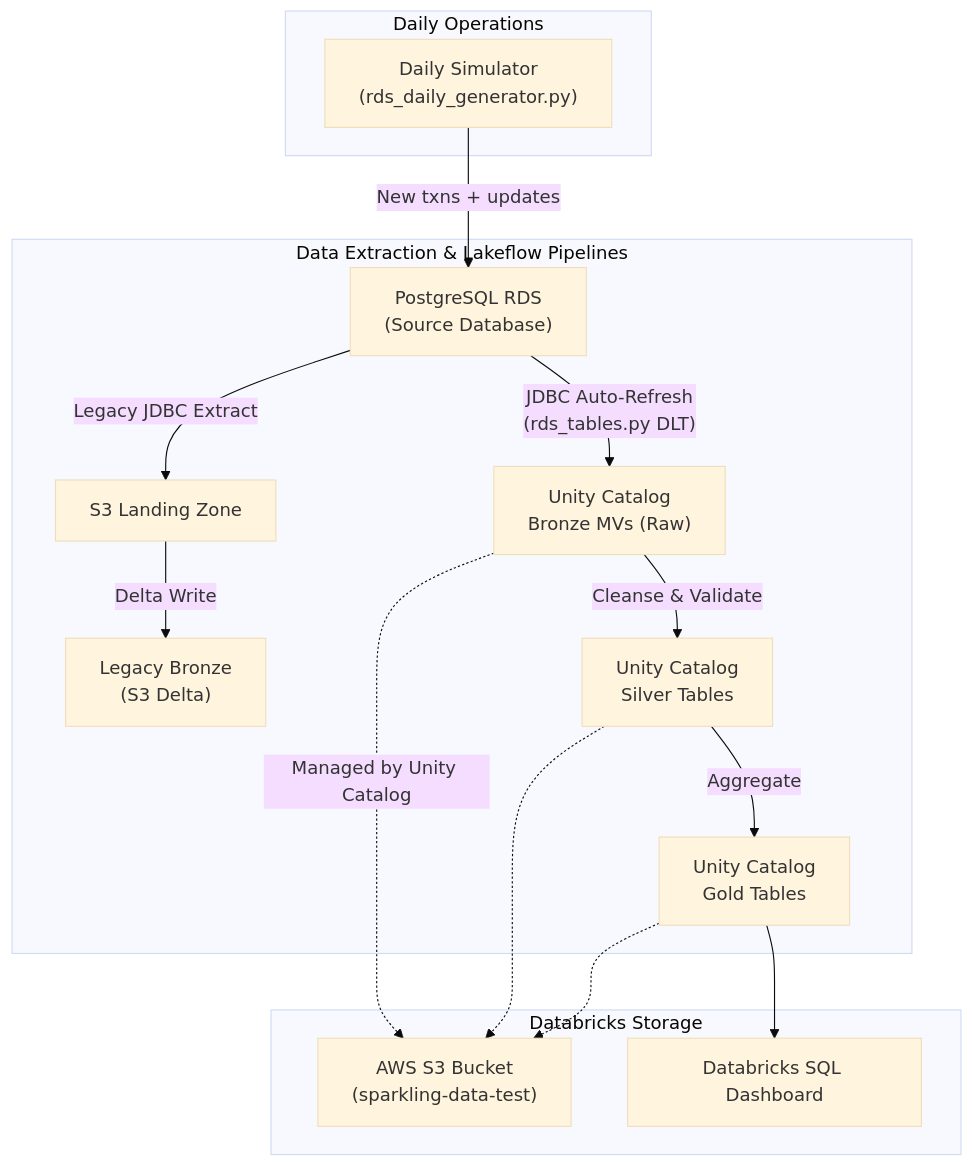
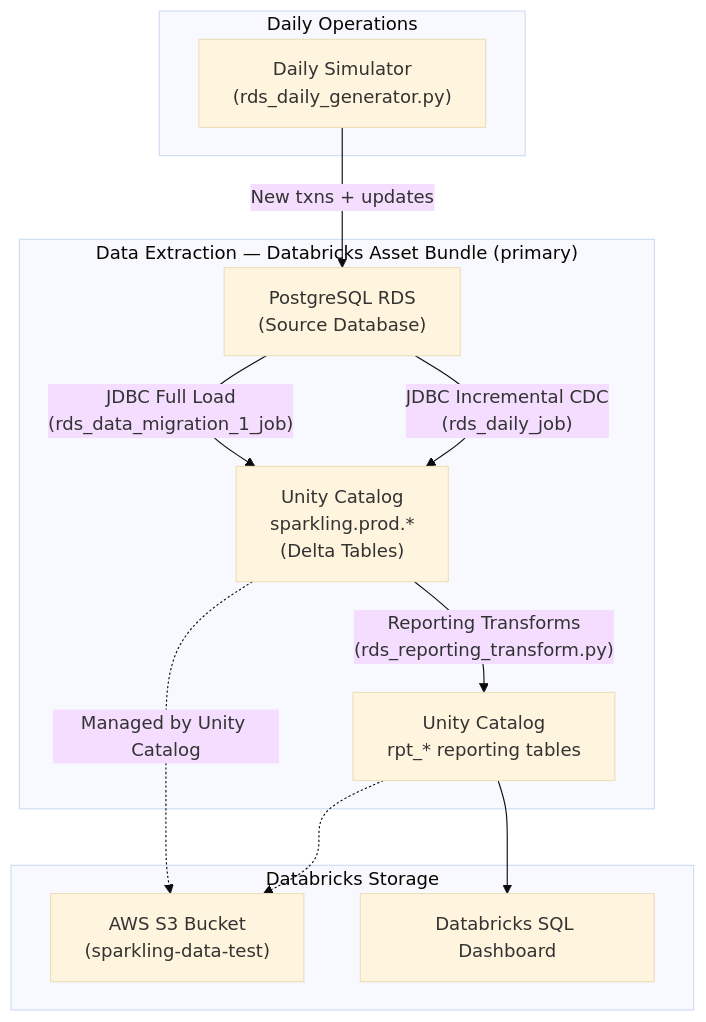
The diagram in docs/MIGRATION_GUIDE.md (huynguyen305/Spark-ling), drawn with Mermaid (base theme) before and after one commit. The commit also changed other lines of this file and 9 other files, not shown here.

Commit message:
Add incremental CDC pipeline, PySpark reporting transforms, daily Databricks Job, pipeline notebook, and updated docs

````diff
--- a/docs/MIGRATION_GUIDE.md
+++ b/docs/MIGRATION_GUIDE.md
@@ -31,21 +91,18 @@
 ```mermaid
 graph TD
-    subgraph "Data Extraction & Lakeflow Pipelines"
-        A["PostgreSQL RDS<br/>(Source Database)"] -->|"JDBC Auto-Refresh<br/>(rds_tables.py DLT)"| C["Unity Catalog<br/>Bronze MVs (Raw)"]
-        A -->|"Legacy JDBC Extract"| B["S3 Landing Zone"]
-        B -->|"Delta Write"| C2["Legacy Bronze<br/>(S3 Delta)"]
-        C -->|"Cleanse & Validate"| D["Unity Catalog<br/>Silver Tables"]
-        D -->|"Aggregate"| E["Unity Catalog<br/>Gold Tables"]
+    subgraph "Data Extraction — Databricks Asset Bundle (primary)"
+        A["PostgreSQL RDS<br/>(Source Database)"] -->|"JDBC Full Load<br/>(rds_data_migration_1_job)"| UC["Unity Catalog<br/>sparkling.prod.*<br/>(Delta Tables)"]
+        A -->|"JDBC Incremental CDC<br/>(rds_daily_job)"| UC
+        UC -->|"Reporting Transforms<br/>(rds_reporting_transform.py)"| RPT["Unity Catalog<br/>rpt_* reporting tables"]
     end
 
     subgraph "Daily Operations"
         F["Daily Simulator<br/>(rds_daily_generator.py)"] -->|"New txns + updates"| A
     end
 
     subgraph "Databricks Storage"
-        C -.->|"Managed by Unity Catalog"| S3["AWS S3 Bucket<br/>(sparkling-data-test)"]
-        D -.-> S3
-        E -.-> S3
-        E --> H["Databricks SQL Dashboard"]
+        UC -.->|"Managed by Unity Catalog"| S3["AWS S3 Bucket<br/>(sparkling-data-test)"]
+        RPT -.-> S3
+        RPT --> H["Databricks SQL Dashboard"]
     end
 ```
````
